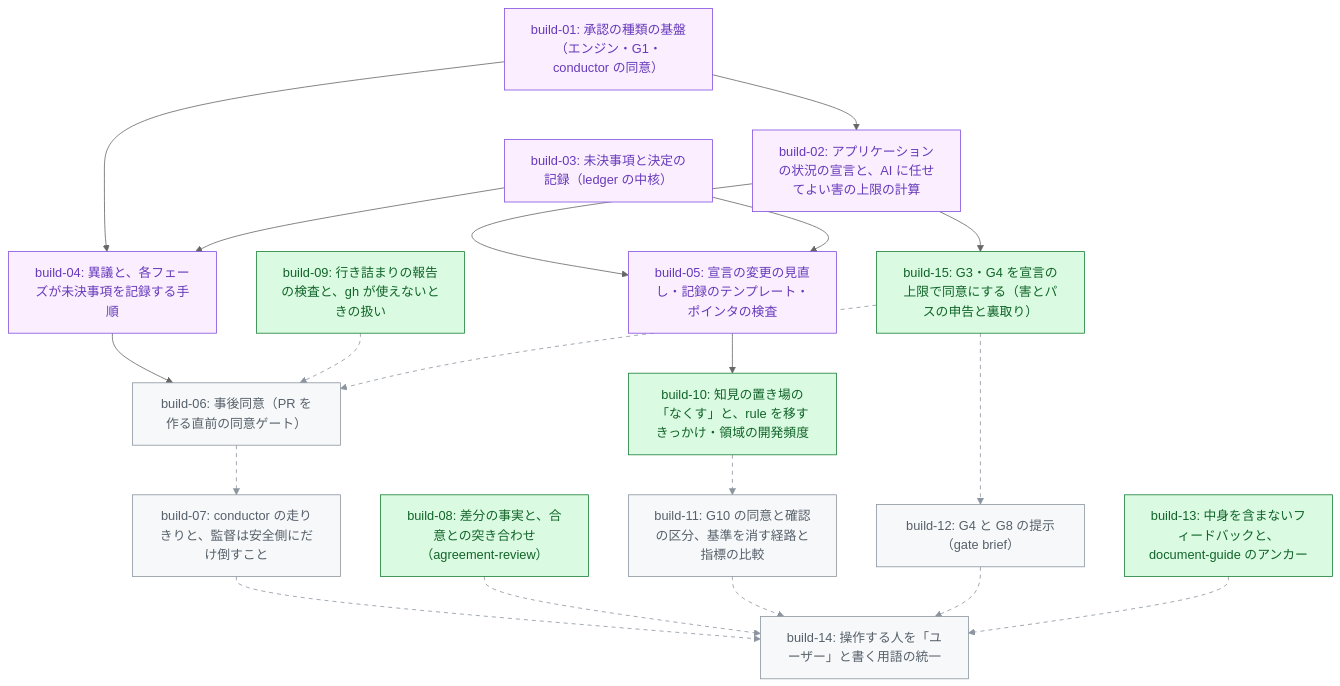
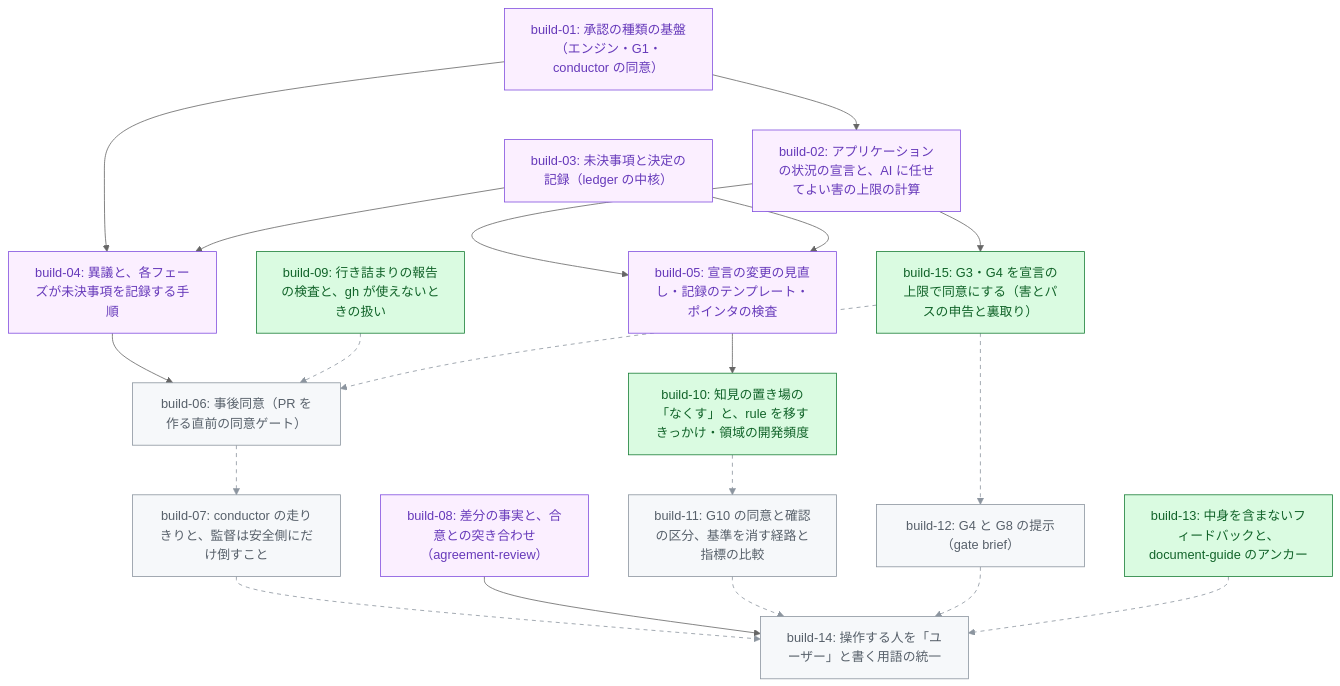
One commit to tak-solder/hikyaku changed the diagram in .hikyaku/cycles/001-v3-core-concepts/tasklist.md. Above: the diagram before and after it, drawn with Mermaid (neutral theme). The commit also changed other lines of this file and 1 other file, not shown here.

Commit message:
builder(001-v3-core-concepts): build-08 の PR を記録する（#114）
Claude-Session: https://claude.ai/code/session_01RJieNbZxJTuNKqjvWpTagW

````diff
--- a/.hikyaku/cycles/001-v3-core-concepts/tasklist.md
+++ b/.hikyaku/cycles/001-v3-core-concepts/tasklist.md
@@ -30,43 +30,43 @@
 ```mermaid
 graph TD
   b01["build-01: 承認の種類の基盤（エンジン・G1・conductor の同意）"]
   b02["build-02: アプリケーションの状況の宣言と、AI に任せてよい害の上限の計算"]
   b03["build-03: 未決事項と決定の記録（ledger の中核）"]
   b04["build-04: 異議と、各フェーズが未決事項を記録する手順"]
   b05["build-05: 宣言の変更の見直し・記録のテンプレート・ポインタの検査"]
   b06["build-06: 事後同意（PR を作る直前の同意ゲート）"]
   b07["build-07: conductor の走りきりと、監督は安全側にだけ倒すこと"]
   b08["build-08: 差分の事実と、合意との突き合わせ（agreement-review）"]
   b09["build-09: 行き詰まりの報告の検査と、gh が使えないときの扱い"]
   b10["build-10: 知見の置き場の「なくす」と、rule を移すきっかけ・領域の開発頻度"]
   b11["build-11: G10 の同意と確認の区分、基準を消す経路と指標の比較"]
   b12["build-12: G4 と G8 の提示（gate brief）"]
   b13["build-13: 中身を含まないフィードバックと、document-guide のアンカー"]
   b14["build-14: 操作する人を「ユーザー」と書く用語の統一"]
   b15["build-15: G3・G4 を宣言の上限で同意にする（害とパスの申告と裏取り）"]
   b01 --> b02
   b01 --> b04
   b03 --> b04
   b02 --> b05
   b03 --> b05
   b04 --> b06
   b09 -.-> b06
   b15 -.-> b06
   b06 -.-> b07
   b05 --> b10
   b10 -.-> b11
   b15 -.-> b12
   b07 -.-> b14
-  b08 -.-> b14
+  b08 --> b14
   b11 -.-> b14
   b12 -.-> b14
   b13 -.-> b14
   b02 --> b15
   classDef merged fill:#fbefff,stroke:#8250df,color:#6639ba
   classDef ready fill:#dafbe1,stroke:#1a7f37,color:#116329
   classDef blocked fill:#f6f8fa,stroke:#8c959f,color:#57606a
-  class b01,b02,b03,b04,b05 merged
-  class b08,b09,b10,b13,b15 ready
+  class b01,b02,b03,b04,b05,b08 merged
+  class b09,b10,b13,b15 ready
   class b06,b07,b11,b12,b14 blocked
-  linkStyle 6,7,8,10,11,12,13,14,15,16 stroke:#8c959f,stroke-dasharray:5 5
+  linkStyle 6,7,8,10,11,12,14,15,16 stroke:#8c959f,stroke-dasharray:5 5
 ```
````
